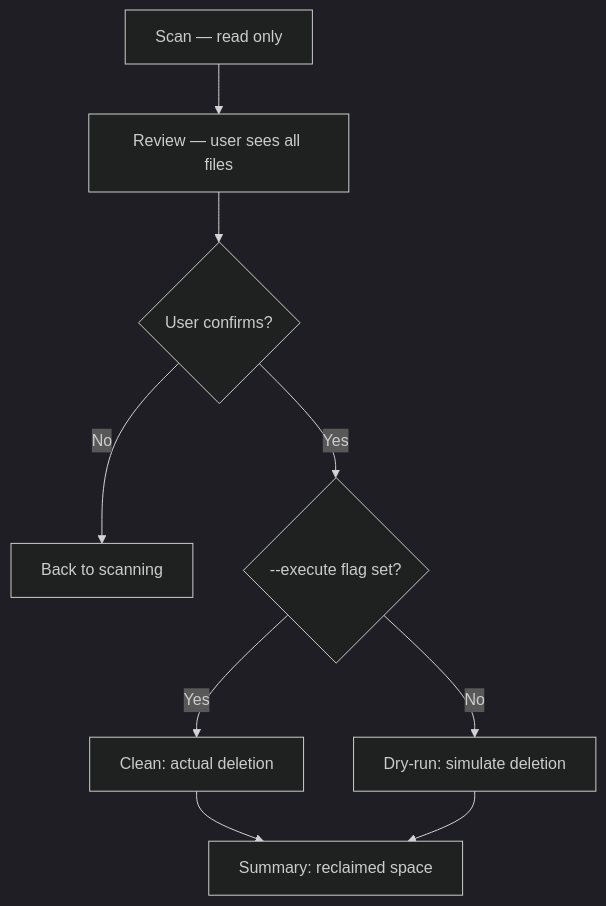
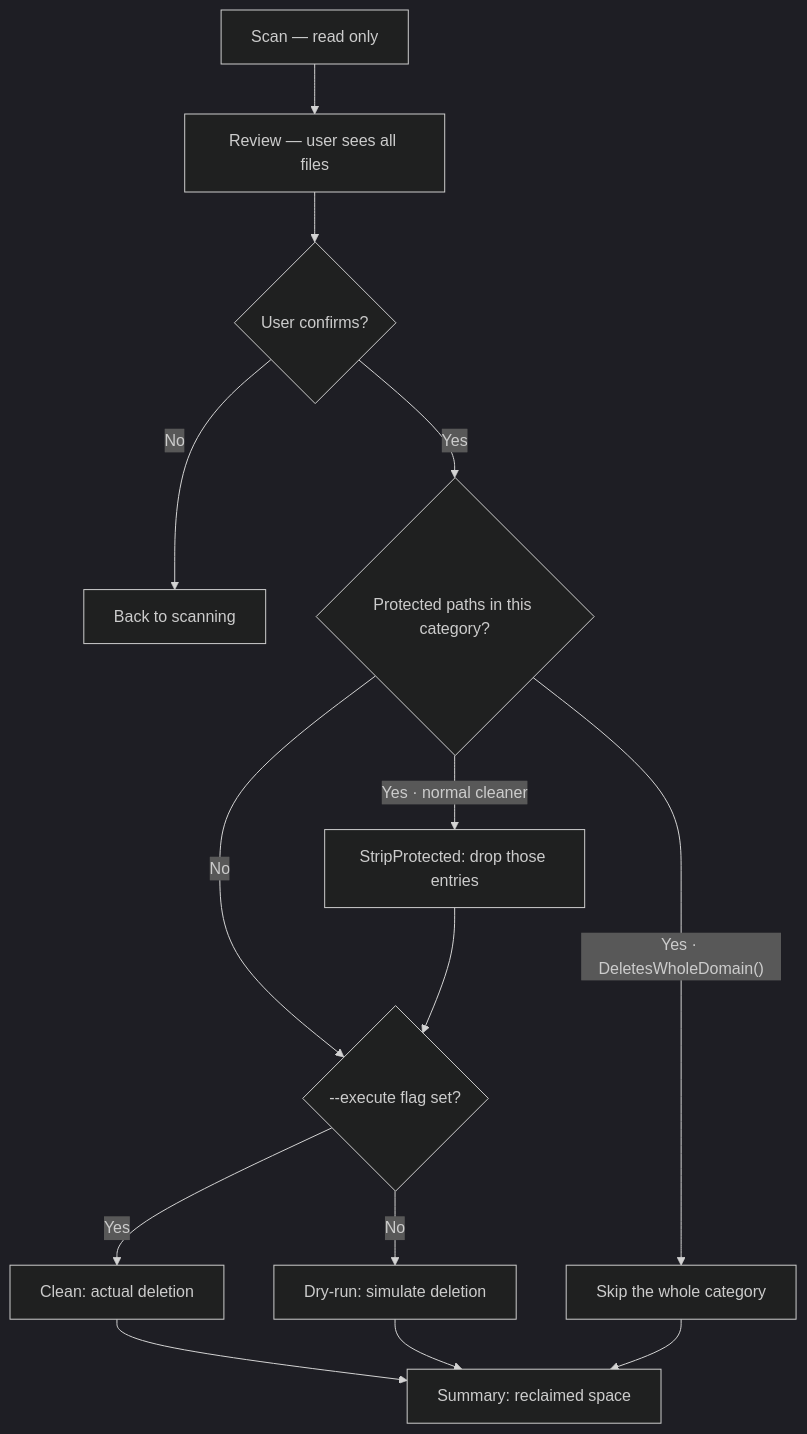
One commit to viniciussouzao/tidymymac changed the eighth of 8 diagrams in docs/ARCHITECTURE.md. Above: the diagram before and after it, drawn with Mermaid (dark theme). The commit also changed other lines of this file and 1 other file, not shown here.

````diff
--- a/docs/ARCHITECTURE.md
+++ b/docs/ARCHITECTURE.md
@@ -464,11 +530,16 @@
 ```mermaid
 flowchart TD
     A[Scan — read only] --> B[Review — user sees all files]
     B --> C{User confirms?}
     C -- No --> D[Back to scanning]
-    C -- Yes --> E{--execute flag set?}
+    C -- Yes --> P{Protected paths in this category?}
+    P -- "Yes · DeletesWholeDomain()" --> S[Skip the whole category]
+    P -- "Yes · normal cleaner" --> T[StripProtected: drop those entries]
+    P -- No --> E
+    T --> E{--execute flag set?}
     E -- No --> F[Dry-run: simulate deletion]
     E -- Yes --> G[Clean: actual deletion]
     G --> H[Summary: reclaimed space]
     F --> H
+    S --> H
 ```
````
